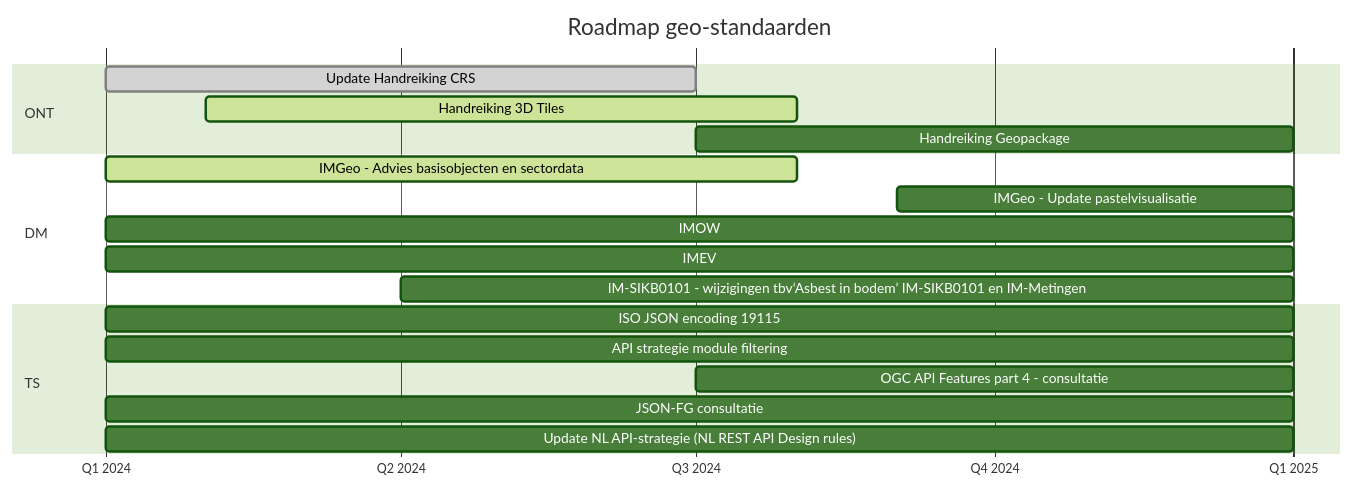
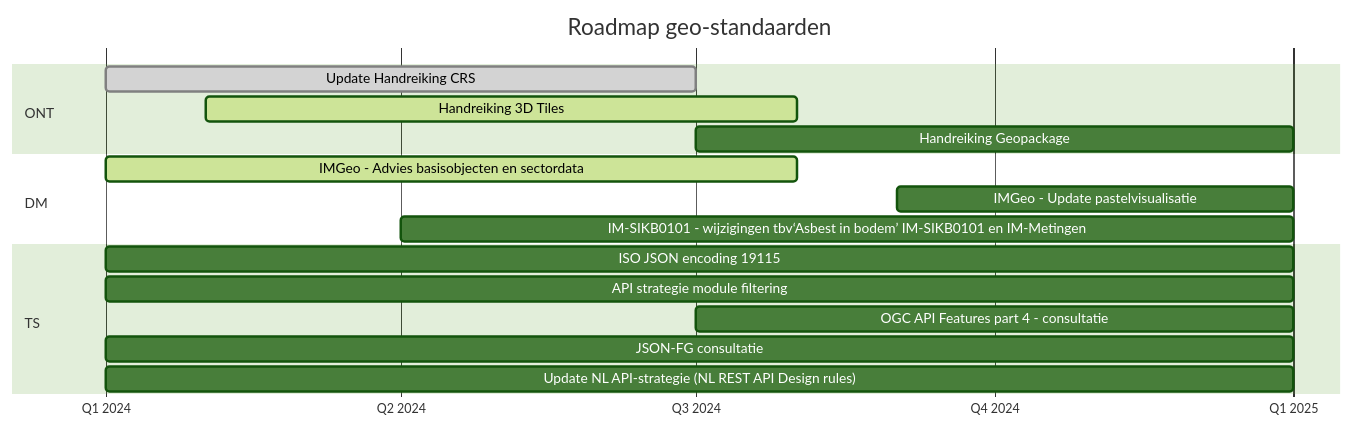
Before and after one commit to Geonovum/roadmap-geostandaarden: the diagram in roadmap.mmd, drawn with Mermaid (forest theme).

```diff
--- a/roadmap.mmd
+++ b/roadmap.mmd
@@ -1,26 +1,26 @@
 gantt
     title Roadmap geo-standaarden
     dateFormat YYYY-M
     axisFormat Q%q %Y
     tickInterval 3month
     section ONT
         Update Handreiking CRS                      :done,           2024-01, 6M        
         Handreiking 3D Tiles                        :active,          2024-02, 6M
         Handreiking Geopackage                      :           2024-07, 6M
         
     section DM        
         IMGeo - Advies basisobjecten en sectordata:active,    2024-01, 7M
         IMGeo - Update pastelvisualisatie                :      2024-09, 4M
-        IMOW                                        :           2024-01, 12M
-        IMEV                                        :           2024-01, 12M
+       % IMOW                                        :           2024-01, 12M
+       % IMEV                                        :           2024-01, 12M
         IM-SIKB0101 - wijzigingen tbv‘Asbest in bodem’ IM-SIKB0101 en IM-Metingen :active  2024-04, 9M
         
 
     section TS        
         ISO JSON encoding 19115                     :           2024-01, 12M
         API strategie module filtering              :           2024-01, 12M
         %OGC API Records                             :           2024-01, 12M
         OGC API Features part 4 - consultatie       :           2024-07, 6M
         JSON-FG consultatie                         :           2024-01, 12M
         %DCAT NL-profiel 1.0                         :           2024-01, 12M
         Update NL API-strategie (NL REST API Design rules) :    2024-01, 12M
```
